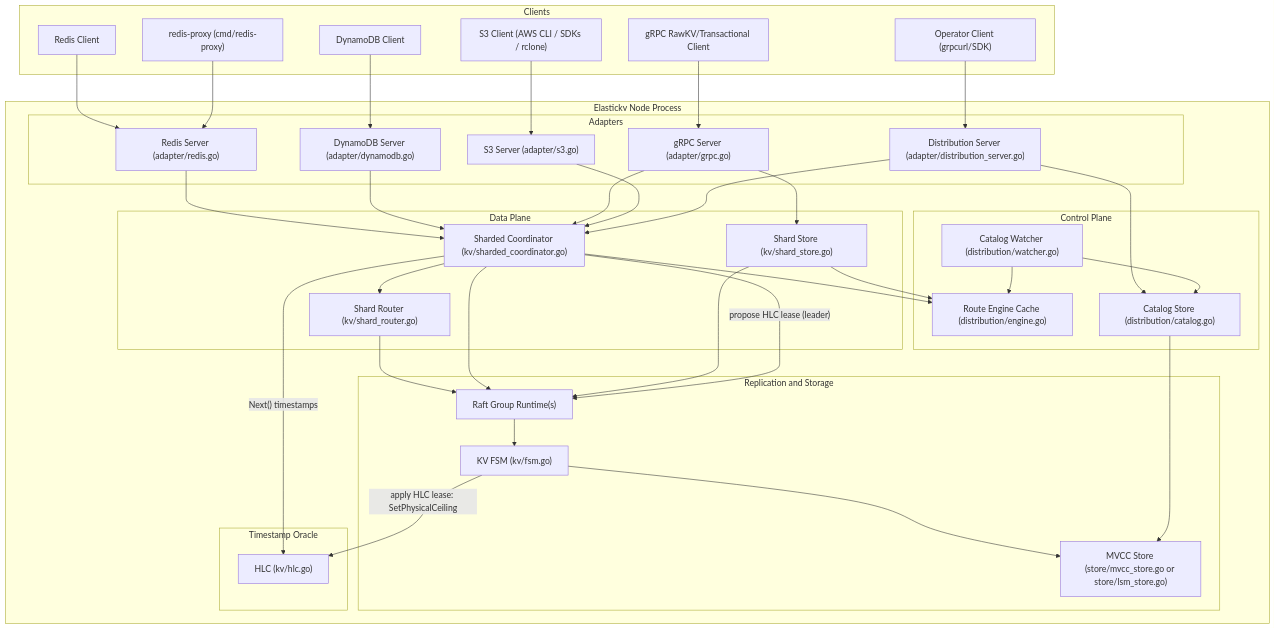
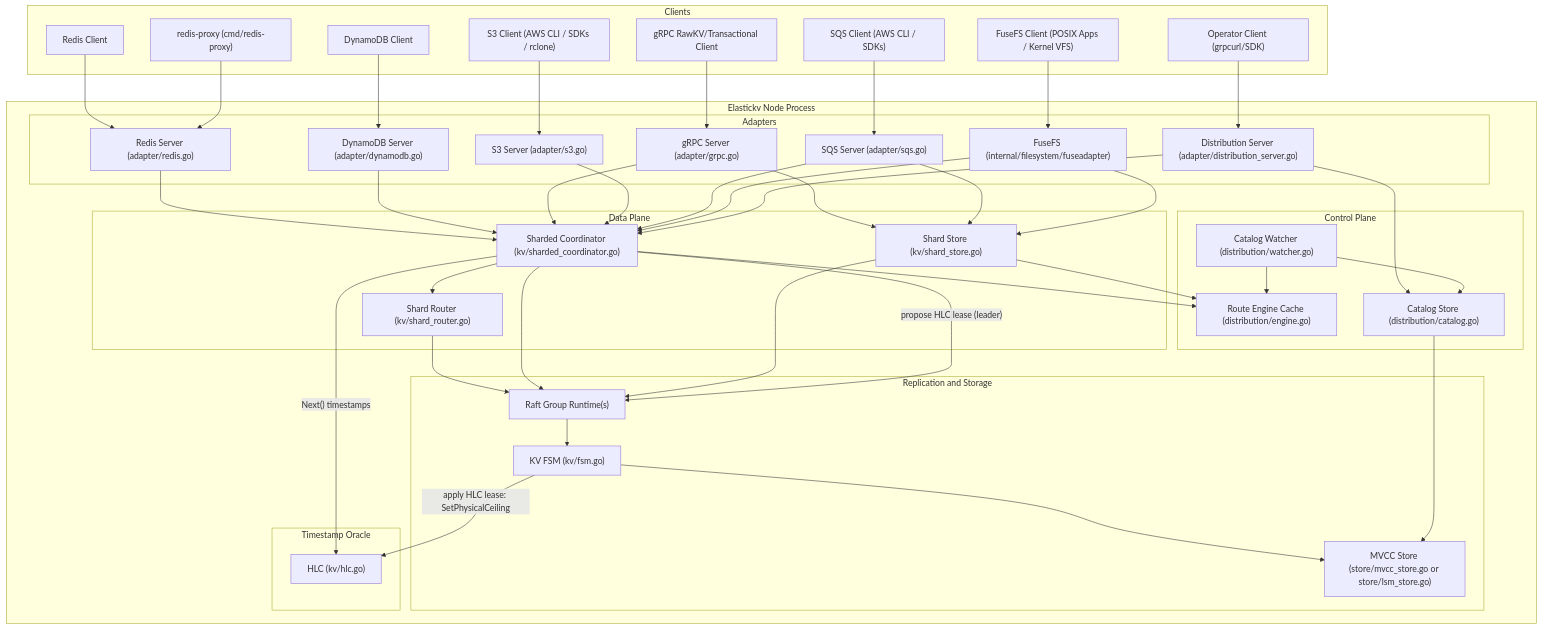
The first of 4 diagrams in docs/architecture_overview.md (bootjp/elastickv), drawn with Mermaid before and after one commit. The commit also changed other lines of this file, not shown here.

First line of the commit message:
docs: update architecture overview to add FuseFS, SQS and fix rendering

```diff
--- a/docs/architecture_overview.md
+++ b/docs/architecture_overview.md
@@ -12,6 +12,8 @@
     GC["gRPC RawKV/Transactional Client"]
     OC["Operator Client (grpcurl/SDK)"]
     SC["S3 Client (AWS CLI / SDKs / rclone)"]
+    SQSC["SQS Client (AWS CLI / SDKs)"]
+    FC["FuseFS Client (POSIX Apps / Kernel VFS)"]
     RP["redis-proxy (cmd/redis-proxy)"]
   end
 
@@ -22,6 +24,8 @@
       GS["gRPC Server (adapter/grpc.go)"]
       DS["Distribution Server (adapter/distribution_server.go)"]
       S3S["S3 Server (adapter/s3.go)"]
+      SQSS["SQS Server (adapter/sqs.go)"]
+      FS["FuseFS (internal/filesystem/fuseadapter)"]
     end
 
     subgraph DataPlane["Data Plane"]
@@ -52,6 +56,8 @@
   GC --> GS
   OC --> DS
   SC --> S3S
+  SQSC --> SQSS
+  FC --> FS
   RP --> RS
 
   RS --> SCC
@@ -59,6 +65,10 @@
   GS --> SCC
   GS --> SS
   S3S --> SCC
+  SQSS --> SCC
+  SQSS --> SS
+  FS --> SCC
+  FS --> SS
   SCC --> SR
   SCC --> DE
   SS --> DE
```
